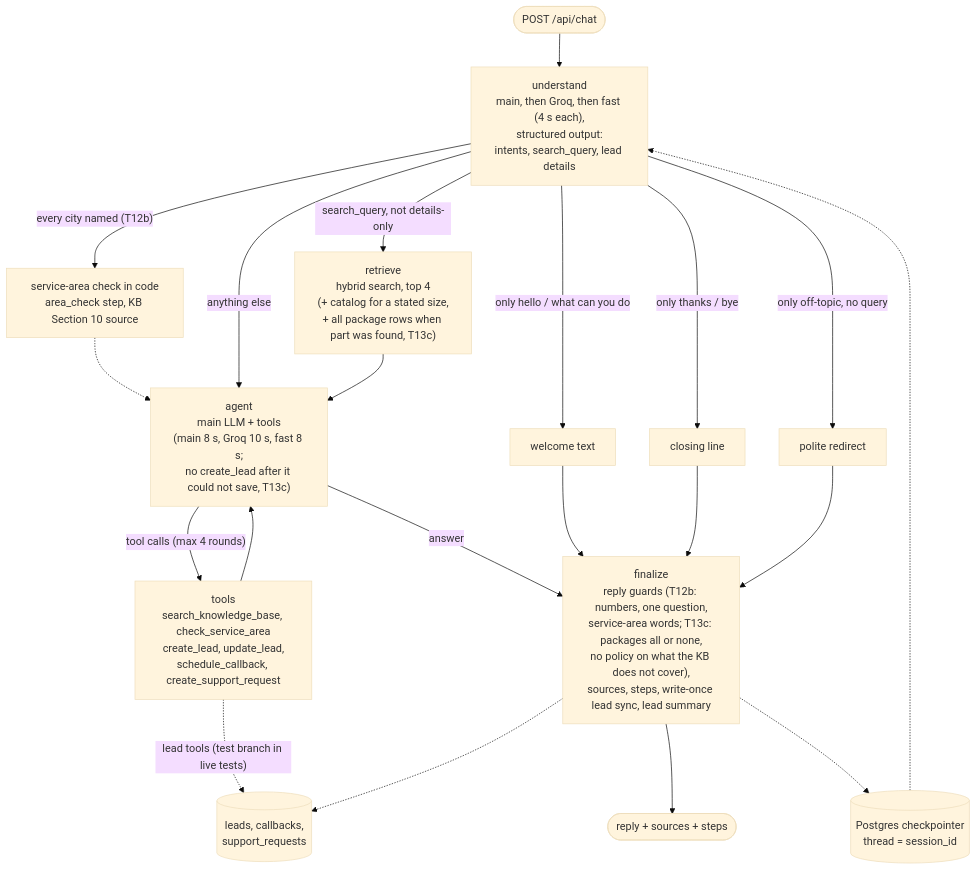
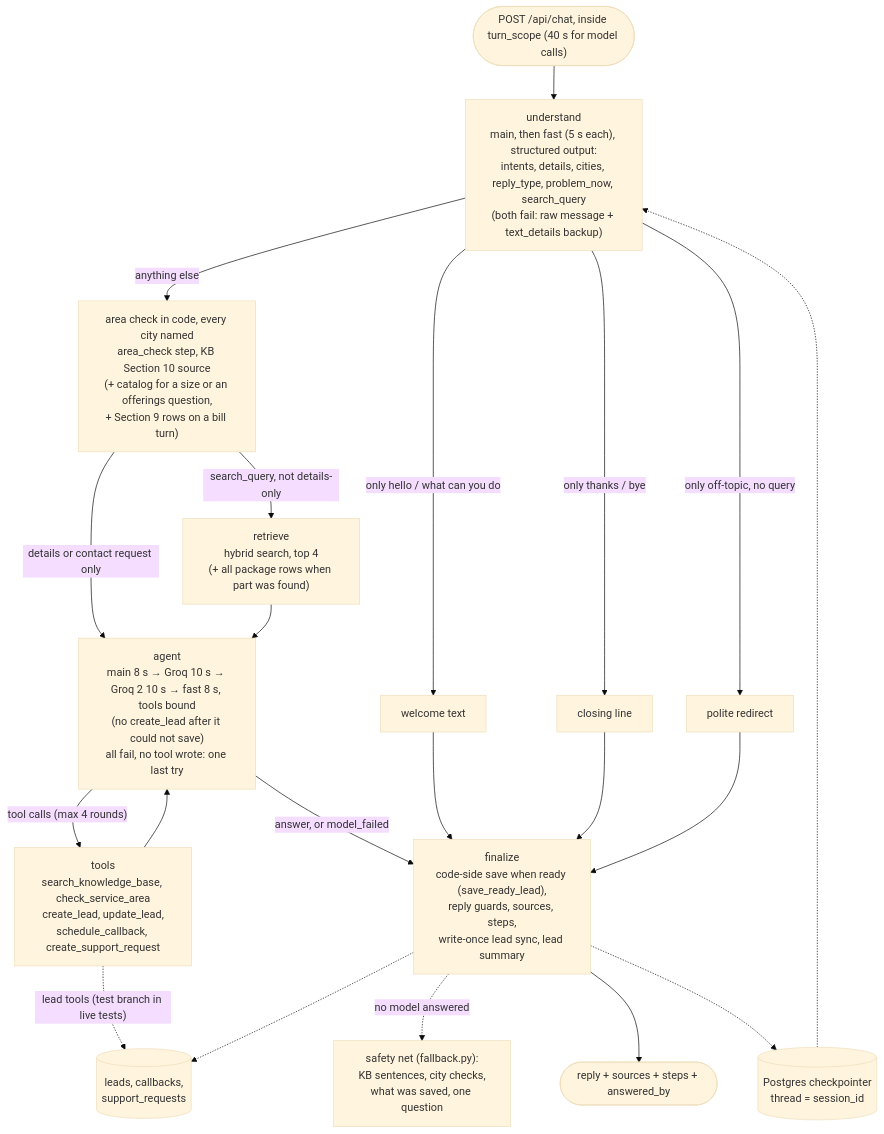
The seventh of 8 diagrams in docs/ARCHITECTURE.md (AdithyaChauhan/vantis-sales-agent), drawn with Mermaid (base theme) before and after one commit. The commit also changed other lines of this file and 10 other files, not shown here.

````diff
--- a/docs/ARCHITECTURE.md
+++ b/docs/ARCHITECTURE.md
@@ -156,23 +146,23 @@
 ```mermaid
 flowchart TD
-  msg(["POST /api/chat"]) --> understand["understand<br/>main, then Groq, then fast (4 s each),<br/>structured output:<br/>intents, search_query, lead details"]
+  msg(["POST /api/chat, inside turn_scope (40 s for model calls)"]) --> understand["understand<br/>main, then fast (5 s each), structured output:<br/>intents, details, cities, reply_type, problem_now, search_query<br/>(both fail: raw message + text_details backup)"]
+  understand -->|"anything else"| areas["area check in code, every city named<br/>area_check step, KB Section 10 source<br/>(+ catalog for a size or an offerings question,<br/>+ Section 9 rows on a bill turn)"]
   understand -->|"only hello / what can you do"| welcome["welcome text"]
   understand -->|"only thanks / bye"| closing["closing line"]
   understand -->|"only off-topic, no query"| redirect["polite redirect"]
-  understand -->|"every city named (T12b)"| areas["service-area check in code<br/>area_check step, KB Section 10 source"]
-  areas -.-> agent
-  understand -->|"search_query, not details-only"| retrieve["retrieve<br/>hybrid search, top 4<br/>(+ catalog for a stated size,<br/>+ all package rows when part was found, T13c)"]
-  understand -->|"anything else"| agent
-  retrieve --> agent["agent<br/>main LLM + tools<br/>(main 8 s, Groq 10 s, fast 8 s;<br/>no create_lead after it could not save, T13c)"]
+  areas -->|"search_query, not details-only"| retrieve["retrieve<br/>hybrid search, top 4<br/>(+ all package rows when part was found)"]
+  areas -->|"details or contact request only"| agent
+  retrieve --> agent["agent<br/>main 8 s → Groq 10 s → Groq 2 10 s → fast 8 s, tools bound<br/>(no create_lead after it could not save)<br/>all fail, no tool wrote: one last try"]
   agent -->|"tool calls (max 4 rounds)"| tools["tools<br/>search_knowledge_base, check_service_area<br/>create_lead, update_lead,<br/>schedule_callback, create_support_request"]
   tools -.->|"lead tools (test branch in live tests)"| leadsdb[("leads, callbacks,<br/>support_requests")]
   tools --> agent
-  agent -->|"answer"| finalize["finalize<br/>reply guards (T12b: numbers, one question,<br/>service-area words; T13c: packages all or none,<br/>no policy on what the KB does not cover),<br/>sources, steps, write-once lead sync, lead summary"]
+  agent -->|"answer, or model_failed"| finalize["finalize<br/>code-side save when ready (save_ready_lead),<br/>reply guards, sources, steps,<br/>write-once lead sync, lead summary"]
+  finalize -.->|"no model answered"| net["safety net (fallback.py):<br/>KB sentences, city checks,<br/>what was saved, one question"]
   finalize -.-> leadsdb
   welcome --> finalize
   closing --> finalize
   redirect --> finalize
-  finalize --> reply(["reply + sources + steps"])
+  finalize --> reply(["reply + sources + steps + answered_by"])
   memory[("Postgres checkpointer<br/>thread = session_id")] -.-> understand
   finalize -.-> memory
 ```
````
